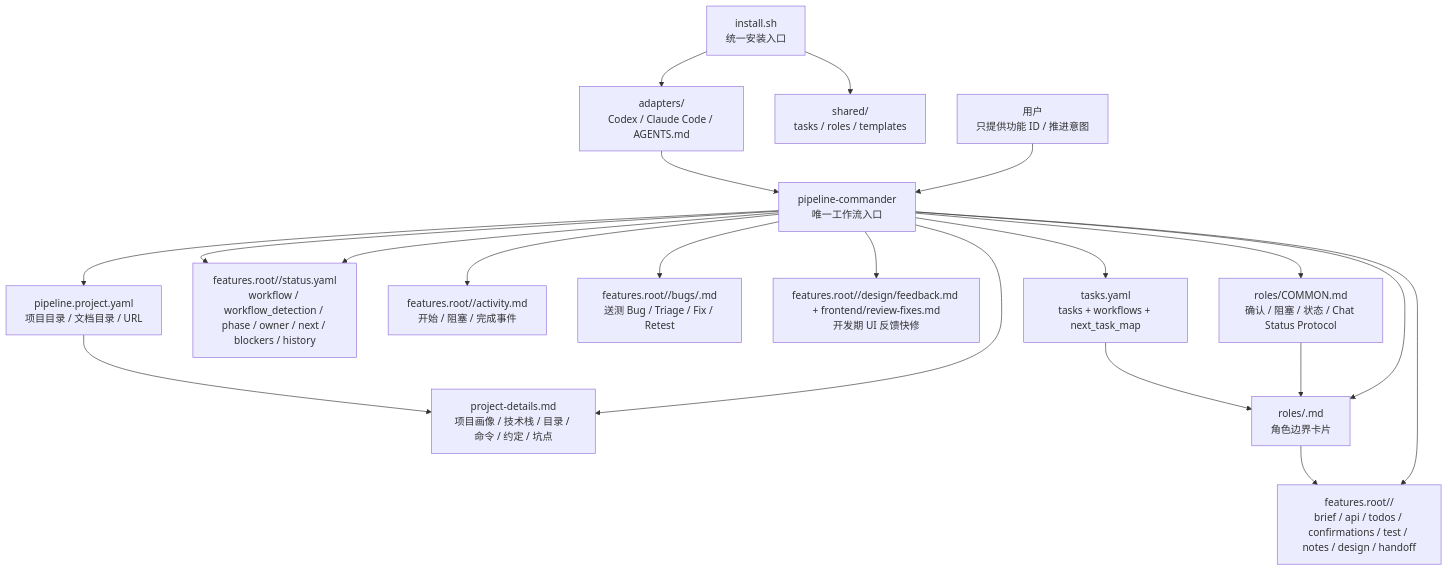
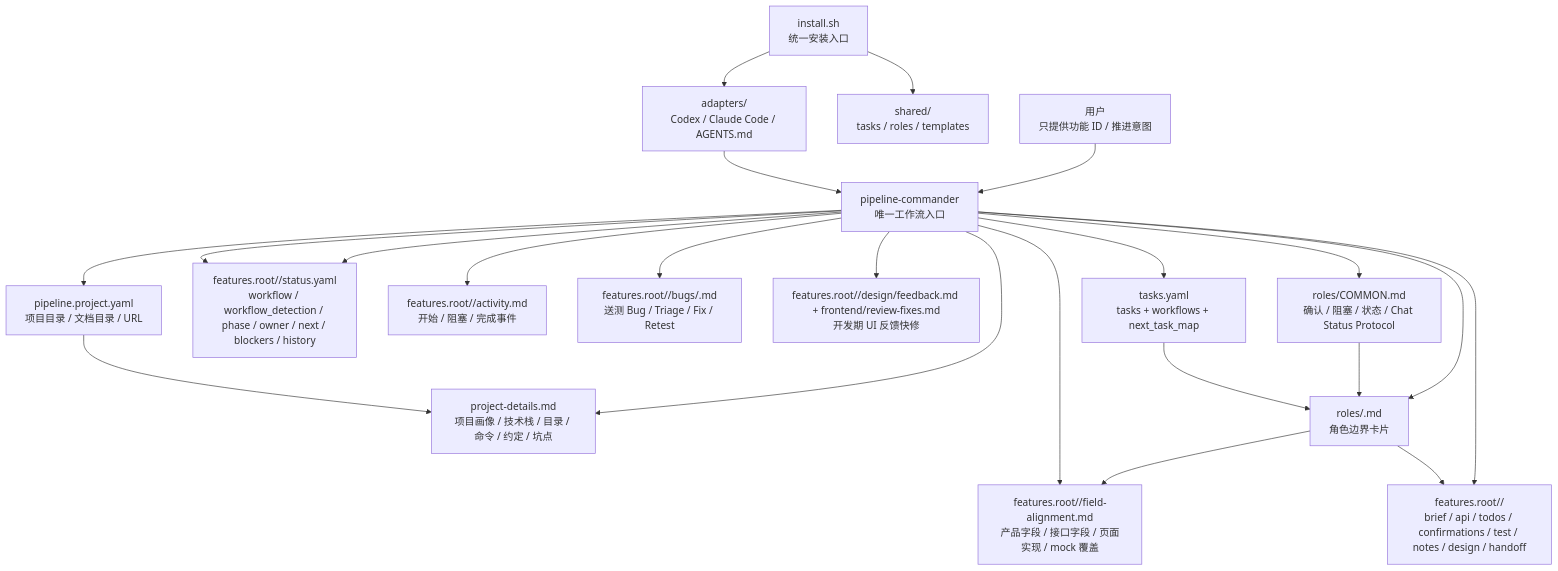
The first of 6 diagrams in docs/ARCHITECTURE.md (Jasmine-dong/skill_flow), drawn with Mermaid before and after one commit. The commit also changed 13 other files, not shown here.

````diff
--- a/docs/ARCHITECTURE.md
+++ b/docs/ARCHITECTURE.md
@@ -5,38 +5,41 @@
 ```mermaid
 flowchart TD
   User["用户\n只提供功能 ID / 推进意图"]
   Install["install.sh\n统一安装入口"]
   Shared["shared/\ntasks / roles / templates"]
   Adapters["adapters/\nCodex / Claude Code / AGENTS.md"]
   Commander["pipeline-commander\n唯一工作流入口"]
   Config["pipeline.project.yaml\n项目目录 / 文档目录 / URL"]
   ProjectDetails["project-details.md\n项目画像 / 技术栈 / 目录 / 命令 / 约定 / 坑点"]
   Status["features.root/<feature-id>/status.yaml\nworkflow / workflow_detection / phase / owner / next / blockers / history"]
   Activity["features.root/<feature-id>/activity.md\n开始 / 阻塞 / 完成事件"]
   Bugs["features.root/<feature-id>/bugs/<bug-id>.md\n送测 Bug / Triage / Fix / Retest"]
   UIFeedback["features.root/<feature-id>/design/feedback.md + frontend/review-fixes.md\n开发期 UI 反馈快修"]
+  FieldAlignment["features.root/<feature-id>/field-alignment.md\n产品字段 / 接口字段 / 页面实现 / mock 覆盖"]
   Tasks["tasks.yaml\ntasks + workflows + next_task_map"]
   Common["roles/COMMON.md\n确认 / 阻塞 / 状态 / Chat Status Protocol"]
   Role["roles/<agent>.md\n角色边界卡片"]
   Feature["features.root/<feature-id>/\nbrief / api / todos / confirmations / test / notes / design / handoff"]
 
   Install --> Shared
   Install --> Adapters
   Adapters --> Commander
   User --> Commander
   Commander --> Config
   Config --> ProjectDetails
   Commander --> ProjectDetails
   Commander --> Status
   Commander --> Activity
   Commander --> Bugs
   Commander --> UIFeedback
+  Commander --> FieldAlignment
   Commander --> Tasks
   Tasks --> Role
   Commander --> Common
   Common --> Role
   Commander --> Role
   Role --> Feature
+  Role --> FieldAlignment
   Commander --> Feature
   Commander --> Status
 ```
````
